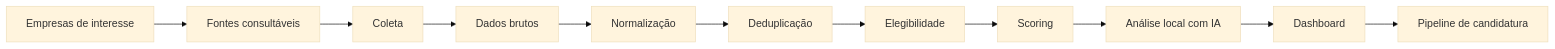
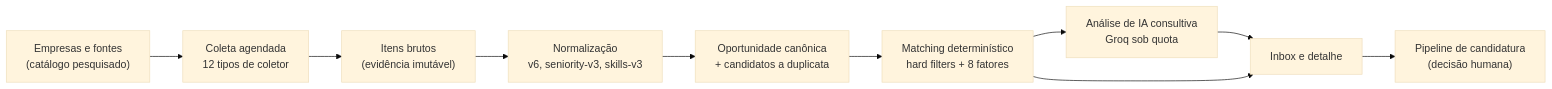
The diagram in README.md (mathfrancisco/Opportunity-Radar), drawn with Mermaid (base theme) before and after one commit. The commit also changed other lines of this file and 1 other file, not shown here.

````diff
--- a/README.md
+++ b/README.md
@@ -24,13 +72,12 @@
 ```mermaid
 flowchart LR
-    A["Empresas de interesse"] --> B["Fontes consultáveis"]
-    B --> C["Coleta"]
-    C --> D["Dados brutos"]
-    D --> E["Normalização"]
-    E --> F["Deduplicação"]
-    F --> G["Elegibilidade"]
-    G --> H["Scoring"]
-    H --> I["Análise local com IA"]
-    I --> J["Dashboard"]
-    J --> K["Pipeline de candidatura"]
+    A["Empresas e fontes<br/>(catálogo pesquisado)"] --> B["Coleta agendada<br/>12 tipos de coletor"]
+    B --> C["Itens brutos<br/>(evidência imutável)"]
+    C --> D["Normalização<br/>v6, seniority-v3, skills-v3"]
+    D --> E["Oportunidade canônica<br/>+ candidatos a duplicata"]
+    E --> F["Matching determinístico<br/>hard filters + 8 fatores"]
+    F --> G["Análise de IA consultiva<br/>Groq sob quota"]
+    G --> H["Inbox e detalhe"]
+    F --> H
+    H --> I["Pipeline de candidatura<br/>(decisão humana)"]
 ```
````
